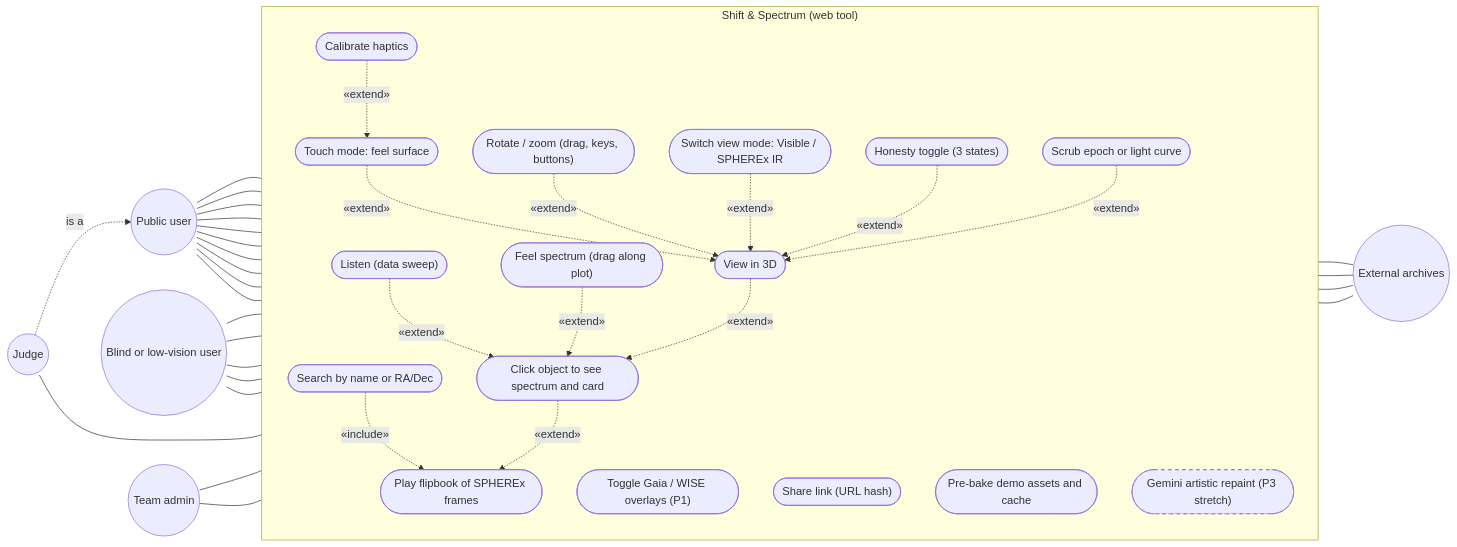
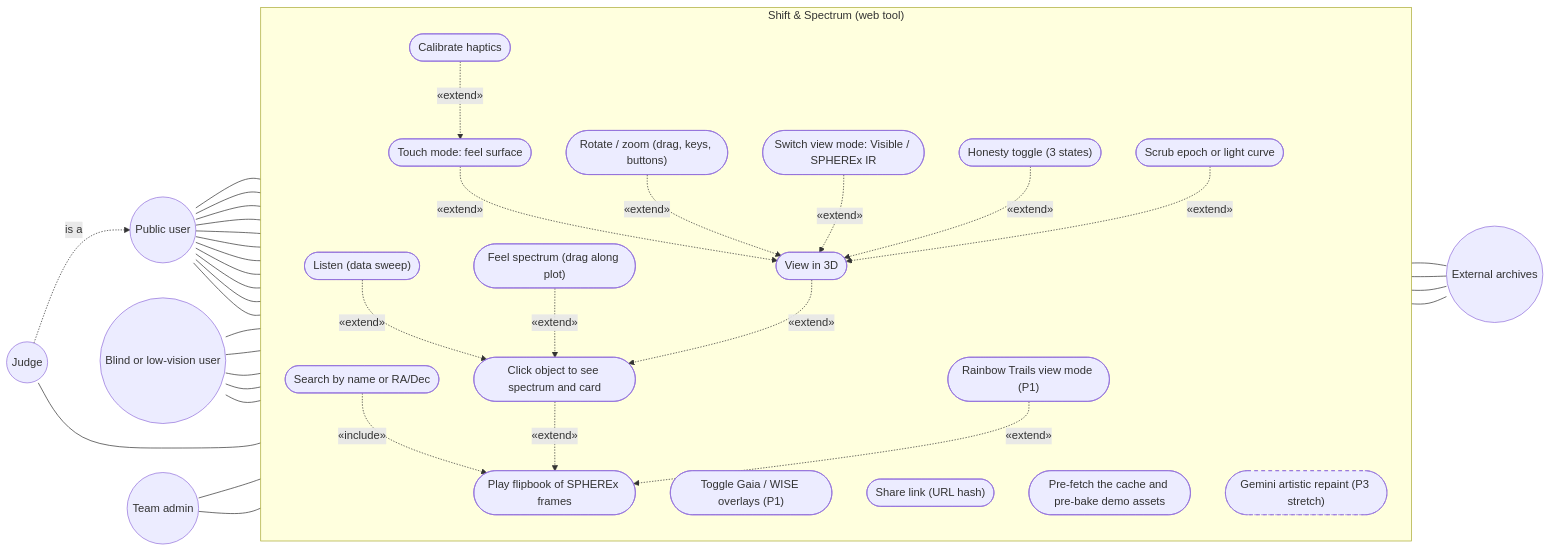
One commit to 0ffrian/SphereX changed the diagram in docs/uml/01-use-case.md. Above: the diagram before and after it, drawn with Mermaid. The commit also changed other lines of this file and 41 other files, not shown here.

First line of the commit message:
Record decisions D-14 to D-29 and sync specs, UML and CLAUDE.md

````diff
--- a/docs/uml/01-use-case.md
+++ b/docs/uml/01-use-case.md
@@ -7,72 +7,75 @@
 ```mermaid
 flowchart LR
   Public((Public user))
   Blind((Blind or low-vision user))
   Judge((Judge))
   Admin((Team admin))
 
   subgraph System["Shift & Spectrum (web tool)"]
     direction TB
     UCSearch(["Search by name or RA/Dec"])
     UCFlip(["Play flipbook of SPHEREx frames"])
+    UCTrails(["Rainbow Trails view mode (P1)"])
     UCOverlay(["Toggle Gaia / WISE overlays (P1)"])
     UCSpectrum(["Click object to see spectrum and card"])
     UCListen(["Listen (data sweep)"])
     UCFeelSpec(["Feel spectrum (drag along plot)"])
     UCView3D(["View in 3D"])
     UCRotate(["Rotate / zoom (drag, keys, buttons)"])
     UCTouch(["Touch mode: feel surface"])
     UCViewMode(["Switch view mode: Visible / SPHEREx IR"])
     UCHonesty(["Honesty toggle (3 states)"])
     UCScrub(["Scrub epoch or light curve"])
     UCCalib(["Calibrate haptics"])
     UCShare(["Share link (URL hash)"])
-    UCPrebake(["Pre-bake demo assets and cache"])
+    UCPrebake(["Pre-fetch the cache and pre-bake demo assets"])
     UCGemini(["Gemini artistic repaint (P3 stretch)"])
   end
 
   Archives((External archives))
 
   Public --- UCSearch
   Public --- UCFlip
   Public --- UCSpectrum
   Public --- UCView3D
   Public --- UCRotate
   Public --- UCViewMode
   Public --- UCHonesty
   Public --- UCScrub
   Public --- UCShare
   Public --- UCOverlay
+  Public --- UCTrails
 
   Blind --- UCListen
   Blind --- UCFeelSpec
   Blind --- UCTouch
   Blind --- UCCalib
   Blind --- UCRotate
 
   Judge -.->|"is a"| Public
   Judge --- UCShare
 
   Admin --- UCPrebake
   Admin --- UCGemini
 
   UCSearch -.->|"«include»"| UCFlip
   UCSpectrum -.->|"«extend»"| UCFlip
+  UCTrails -.->|"«extend»"| UCFlip
   UCListen -.->|"«extend»"| UCSpectrum
   UCFeelSpec -.->|"«extend»"| UCSpectrum
   UCView3D -.->|"«extend»"| UCSpectrum
   UCTouch -.->|"«extend»"| UCView3D
   UCRotate -.->|"«extend»"| UCView3D
   UCViewMode -.->|"«extend»"| UCView3D
   UCHonesty -.->|"«extend»"| UCView3D
   UCScrub -.->|"«extend»"| UCView3D
   UCCalib -.->|"«extend»"| UCTouch
 
   UCSearch --- Archives
   UCSpectrum --- Archives
   UCPrebake --- Archives
   UCGemini --- Archives
 
   classDef stretch stroke-dasharray: 5 5
   class UCGemini stretch
 ```
````
